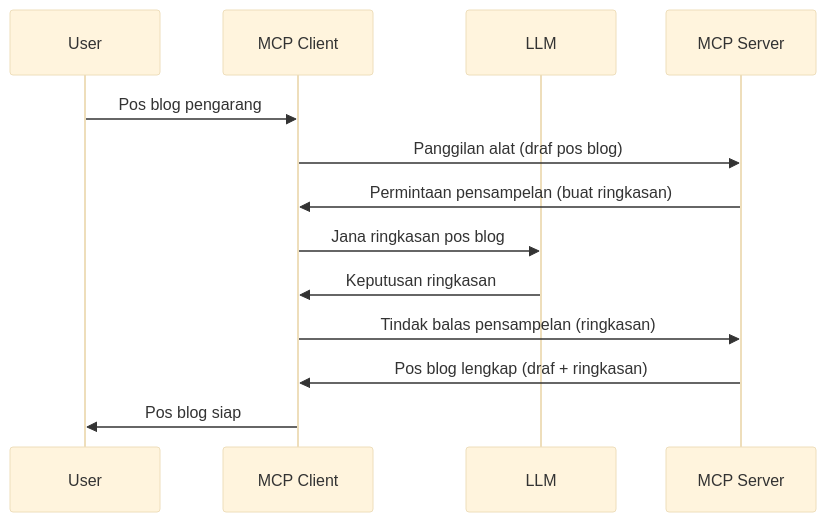
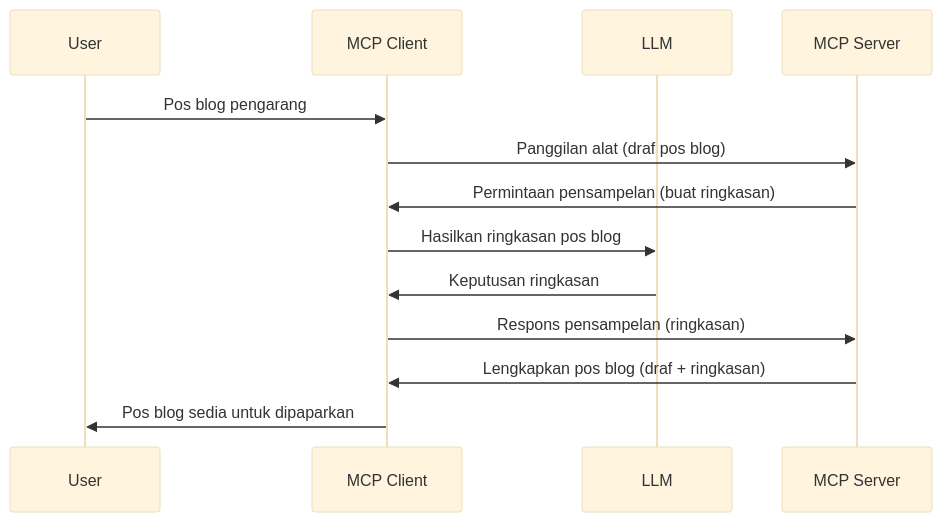
Before and after one commit to HIDORAKAI002/ai-workspace-archive: the diagram in mcp_ecosystem__model_context_protocol/mcp_learning_resources/mcp-for-beginners/translations/ms/03-GettingStarted/14-sampling/README.md, drawn with Mermaid (base theme). The commit also changed other lines of this file and 5748 other files, not shown here.

Commit message:
chore(sync): update MCP Python SDK, MCP TypeScript SDK, Supabase MCP, Kubernetes MCP Server, Git MCP, MCP Agent, Awesome ChatGPT Prompts, Langfuse, +62 more

````diff
--- a/mcp_ecosystem__model_context_protocol/mcp_learning_resources/mcp-for-beginners/translations/ms/03-GettingStarted/14-sampling/README.md
+++ b/mcp_ecosystem__model_context_protocol/mcp_learning_resources/mcp-for-beginners/translations/ms/03-GettingStarted/14-sampling/README.md
@@ -25,16 +27,16 @@
 ```mermaid
 sequenceDiagram
     participant User
     participant MCP Client
     participant LLM
     participant MCP Server
 
     User->>MCP Client: Pos blog pengarang
     MCP Client->>MCP Server: Panggilan alat (draf pos blog)
     MCP Server->>MCP Client: Permintaan pensampelan (buat ringkasan)
-    MCP Client->>LLM: Jana ringkasan pos blog
+    MCP Client->>LLM: Hasilkan ringkasan pos blog
     LLM->>MCP Client: Keputusan ringkasan
-    MCP Client->>MCP Server: Tindak balas pensampelan (ringkasan)
-    MCP Server->>MCP Client: Pos blog lengkap (draf + ringkasan)
-    MCP Client->>User: Pos blog siap
+    MCP Client->>MCP Server: Respons pensampelan (ringkasan)
+    MCP Server->>MCP Client: Lengkapkan pos blog (draf + ringkasan)
+    MCP Client->>User: Pos blog sedia untuk dipaparkan
 ```
````
